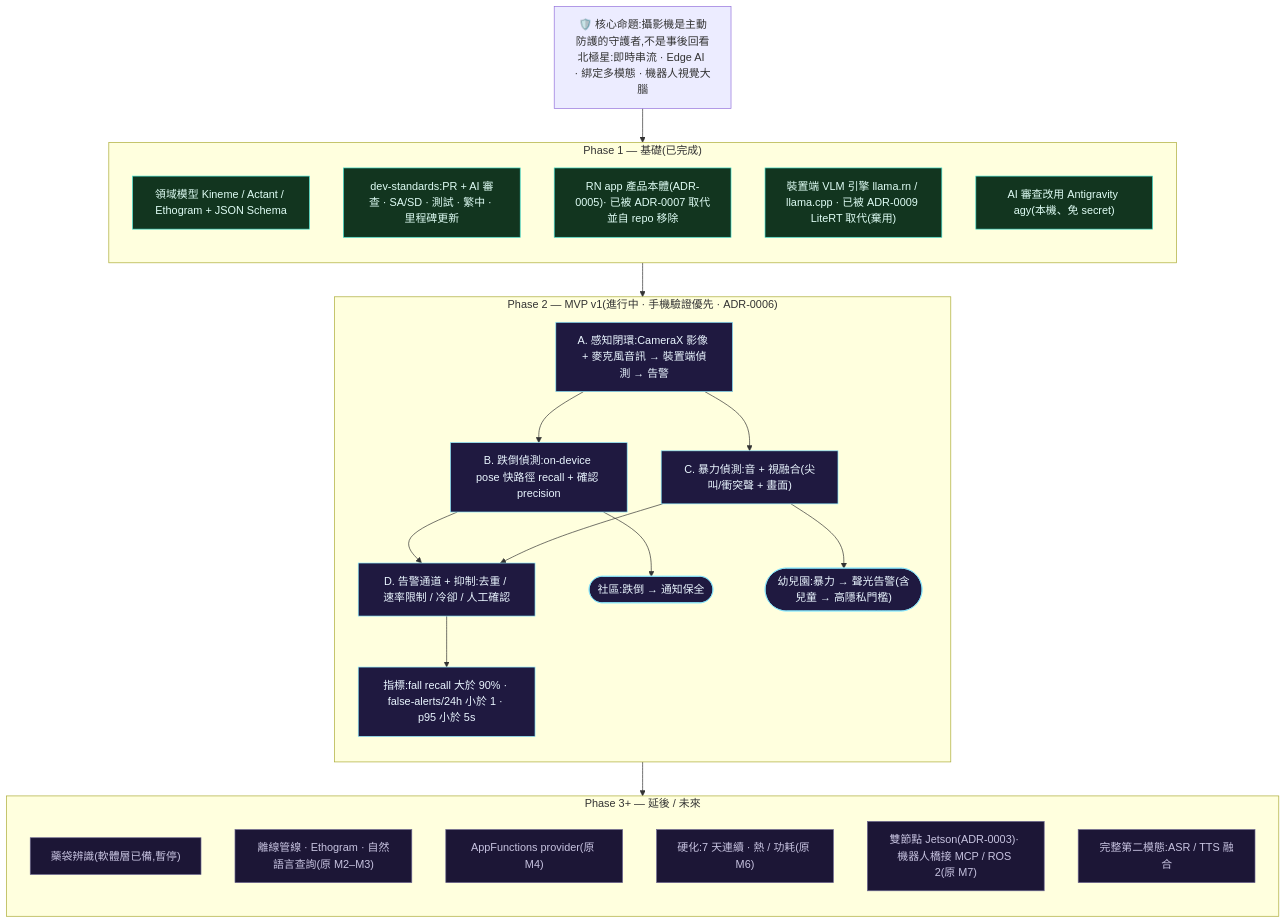
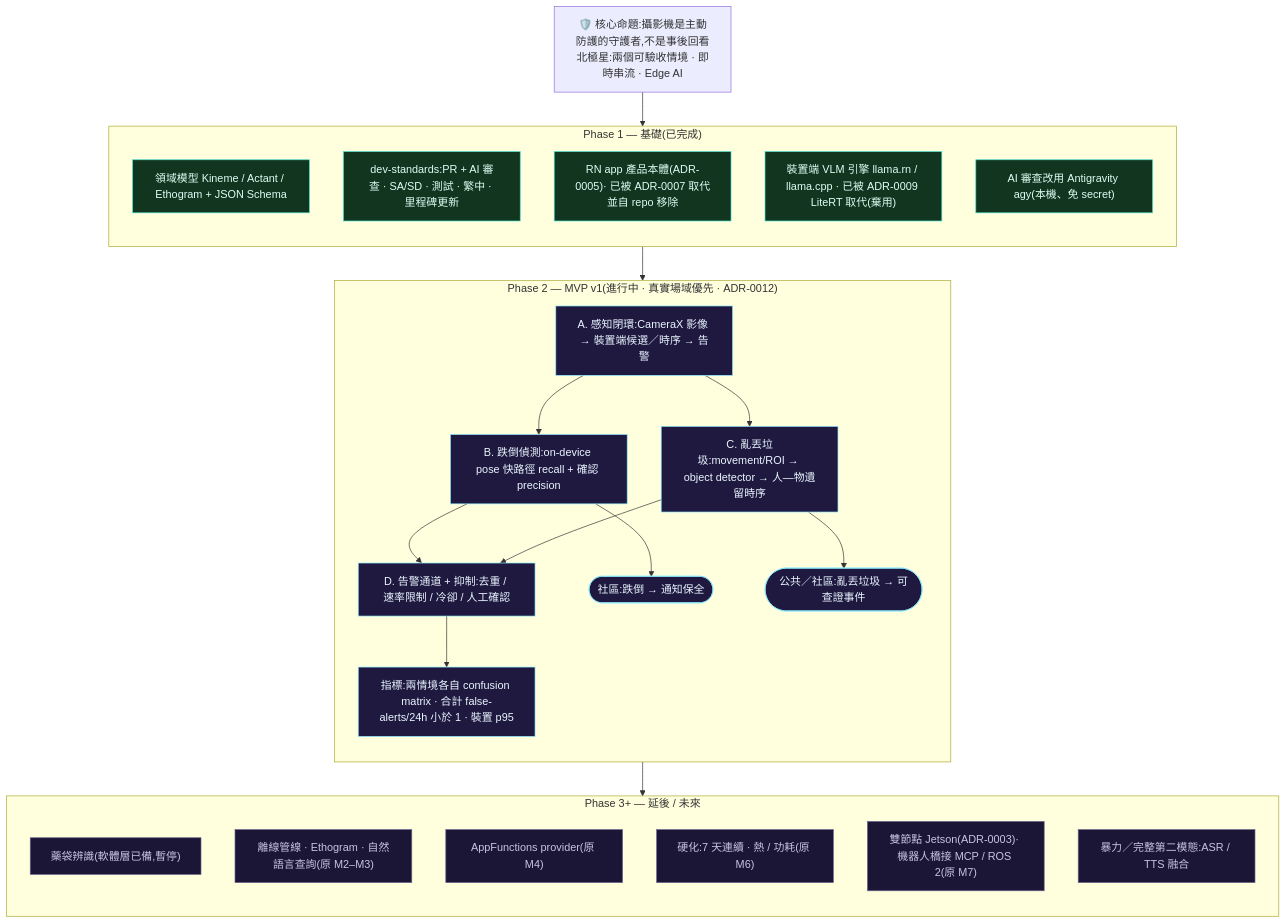
One commit to TingFengChou/claustrum changed the diagram in docs/ROADMAP.md. Above: the diagram before and after it, drawn with Mermaid. The commit also changed other lines of this file and 17 other files, not shown here.

````diff
--- a/docs/ROADMAP.md
+++ b/docs/ROADMAP.md
@@ -18,48 +18,48 @@
 ```mermaid
 flowchart TD
-  THESIS["🛡️ 核心命題:攝影機是主動防護的守護者,不是事後回看<br/>北極星:即時串流 · Edge AI · 綁定多模態 · 機器人視覺大腦"]
+  THESIS["🛡️ 核心命題:攝影機是主動防護的守護者,不是事後回看<br/>北極星:兩個可驗收情境 · 即時串流 · Edge AI"]
 
   subgraph P1["Phase 1 — 基礎(已完成)"]
     direction TB
     P1a["領域模型 Kineme / Actant / Ethogram + JSON Schema"]
     P1b["dev-standards:PR + AI 審查 · SA/SD · 測試 · 繁中 · 里程碑更新"]
     P1c["RN app 產品本體(ADR-0005)· 已被 ADR-0007 取代並自 repo 移除"]
     P1d["裝置端 VLM 引擎 llama.rn / llama.cpp · 已被 ADR-0009 LiteRT 取代(棄用)"]
     P1e["AI 審查改用 Antigravity agy(本機、免 secret)"]
   end
 
-  subgraph P2["Phase 2 — MVP v1(進行中 · 手機驗證優先 · ADR-0006)"]
+  subgraph P2["Phase 2 — MVP v1(進行中 · 真實場域優先 · ADR-0012)"]
     direction TB
-    A["A. 感知閉環:CameraX 影像 + 麥克風音訊 → 裝置端偵測 → 告警"]
+    A["A. 感知閉環:CameraX 影像 → 裝置端候選／時序 → 告警"]
     B["B. 跌倒偵測:on-device pose 快路徑 recall + 確認 precision"]
-    C["C. 暴力偵測:音 + 視融合(尖叫/衝突聲 + 畫面)"]
+    C["C. 亂丟垃圾:movement/ROI → object detector → 人—物遺留時序"]
     D["D. 告警通道 + 抑制:去重 / 速率限制 / 冷卻 / 人工確認"]
     V1(["社區:跌倒 → 通知保全"])
-    V2(["幼兒園:暴力 → 聲光告警(含兒童 → 高隱私門檻)"])
-    M["指標:fall recall 大於 90% · false-alerts/24h 小於 1 · p95 小於 5s"]
+    V2(["公共／社區:亂丟垃圾 → 可查證事件"])
+    M["指標:兩情境各自 confusion matrix · 合計 false-alerts/24h 小於 1 · 裝置 p95"]
     A --> B --> D
     A --> C --> D
     B --> V1
     C --> V2
     D --> M
   end
 
   subgraph P3["Phase 3+ — 延後 / 未來"]
     direction TB
     F1["藥袋辨識(軟體層已備,暫停)"]
     F2["離線管線 · Ethogram · 自然語言查詢(原 M2–M3)"]
     F3["AppFunctions provider(原 M4)"]
     F4["硬化:7 天連續 · 熱 / 功耗(原 M6)"]
     F5["雙節點 Jetson(ADR-0003)· 機器人橋接 MCP / ROS 2(原 M7)"]
-    F6["完整第二模態:ASR / TTS 融合"]
+    F6["暴力／完整第二模態:ASR / TTS 融合"]
   end
 
   THESIS --> P1 --> P2 --> P3
 
   classDef done fill:#12351f,stroke:#43e0d0,color:#dffdf5;
   classDef active fill:#1f1940,stroke:#8be9ff,color:#eaf6ff;
   classDef future fill:#1c1636,stroke:#6b6690,color:#c7c3e0;
   class P1a,P1b,P1c,P1d,P1e done;
   class A,B,C,D,V1,V2,M active;
   class F1,F2,F3,F4,F5,F6 future;
 ```
````
